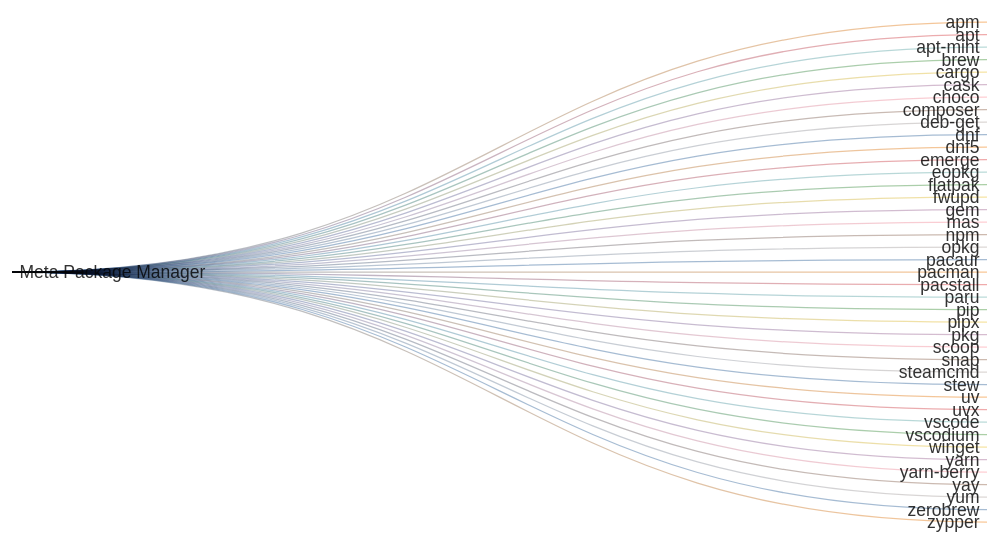
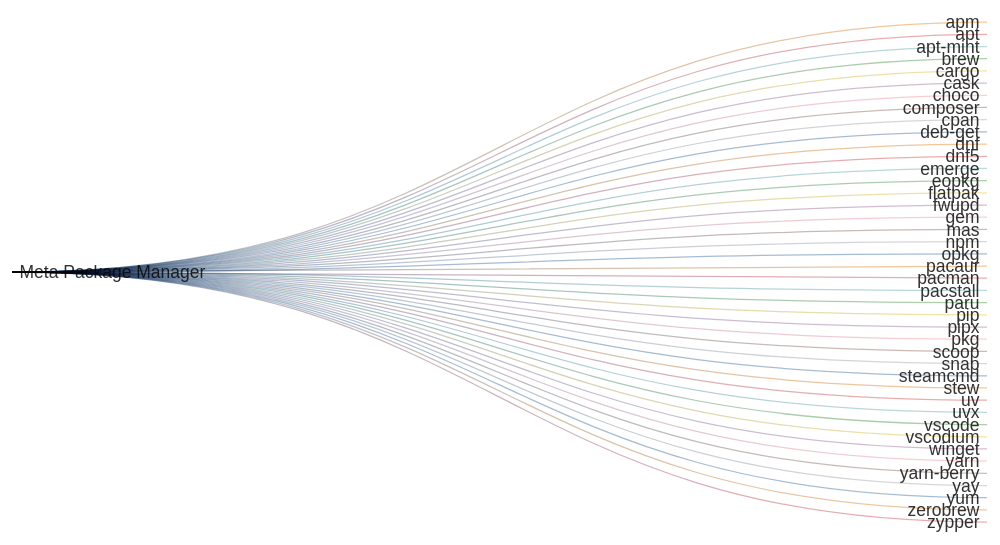
The diagram in readme.md (kdeldycke/meta-package-manager), drawn with Mermaid before and after one commit. The commit also changed other lines of this file and 1 other file, not shown here.

````diff
--- a/readme.md
+++ b/readme.md
@@ -70,48 +70,49 @@
 ```mermaid
 ---
 config: {"sankey": {"showValues": false, "width": 800, "height": 400}}
 ---
 sankey-beta
 
 Meta Package Manager,apm,1
 Meta Package Manager,apt,1
 Meta Package Manager,apt-mint,1
 Meta Package Manager,brew,1
 Meta Package Manager,cargo,1
 Meta Package Manager,cask,1
 Meta Package Manager,choco,1
 Meta Package Manager,composer,1
+Meta Package Manager,cpan,1
 Meta Package Manager,deb-get,1
 Meta Package Manager,dnf,1
 Meta Package Manager,dnf5,1
 Meta Package Manager,emerge,1
 Meta Package Manager,eopkg,1
 Meta Package Manager,flatpak,1
 Meta Package Manager,fwupd,1
 Meta Package Manager,gem,1
 Meta Package Manager,mas,1
 Meta Package Manager,npm,1
 Meta Package Manager,opkg,1
 Meta Package Manager,pacaur,1
 Meta Package Manager,pacman,1
 Meta Package Manager,pacstall,1
 Meta Package Manager,paru,1
 Meta Package Manager,pip,1
 Meta Package Manager,pipx,1
 Meta Package Manager,pkg,1
 Meta Package Manager,scoop,1
 Meta Package Manager,snap,1
 Meta Package Manager,steamcmd,1
 Meta Package Manager,stew,1
 Meta Package Manager,uv,1
 Meta Package Manager,uvx,1
 Meta Package Manager,vscode,1
 Meta Package Manager,vscodium,1
 Meta Package Manager,winget,1
 Meta Package Manager,yarn,1
 Meta Package Manager,yarn-berry,1
 Meta Package Manager,yay,1
 Meta Package Manager,yum,1
 Meta Package Manager,zerobrew,1
 Meta Package Manager,zypper,1
 ```
````
